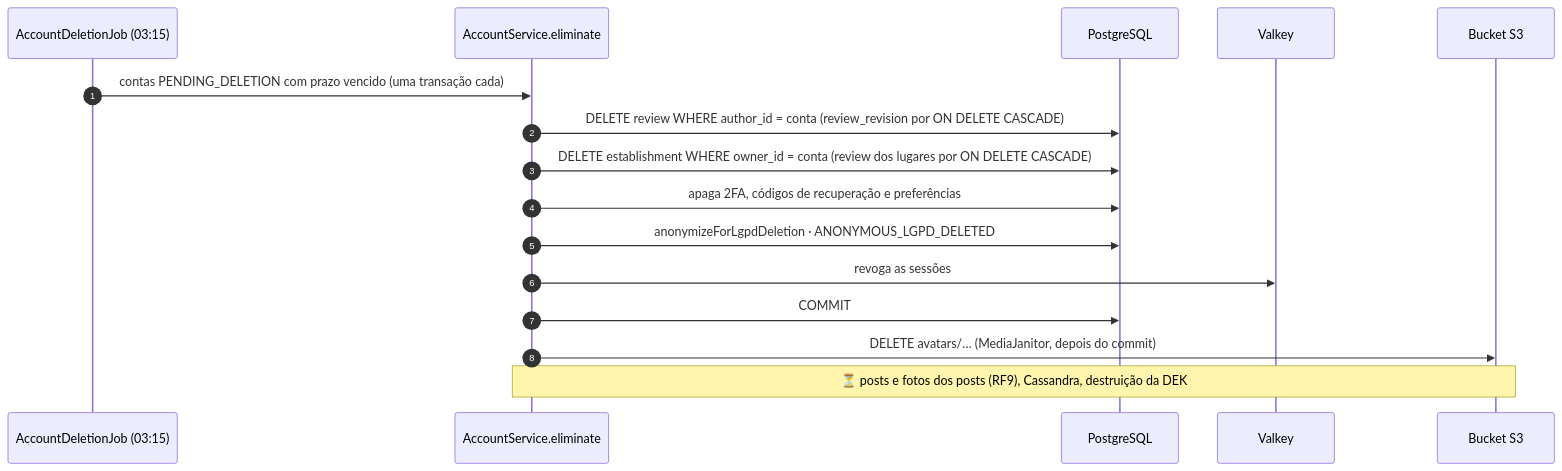
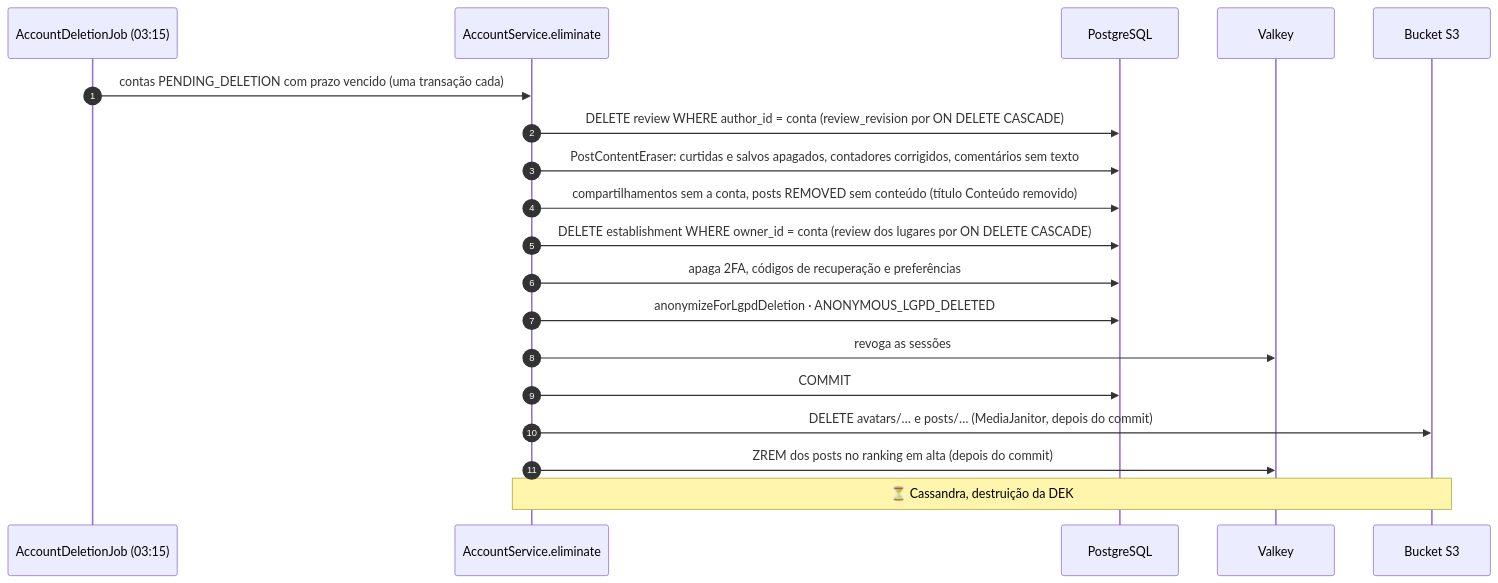
The second of 2 diagrams in docs/RF5/sequencia.md (MatheusHaliski/Friendly-Eats), drawn with Mermaid before and after one commit. The commit also changed 94 other files, not shown here.

First line of the commit message:
Posts: publicar (RF9), interações (RF12), feed e "em alta" (RF14) e perfis (RF15)

````diff
--- a/docs/RF5/sequencia.md
+++ b/docs/RF5/sequencia.md
@@ -33,19 +33,22 @@
 ```mermaid
 sequenceDiagram
     autonumber
     participant JOB as AccountDeletionJob (03:15)
     participant AC as AccountService.eliminate
     participant DB as PostgreSQL
     participant VK as Valkey
     participant S3 as Bucket S3
 
     JOB->>AC: contas PENDING_DELETION com prazo vencido (uma transação cada)
     AC->>DB: DELETE review WHERE author_id = conta (review_revision por ON DELETE CASCADE)
+    AC->>DB: PostContentEraser: curtidas e salvos apagados, contadores corrigidos, comentários sem texto
+    AC->>DB: compartilhamentos sem a conta, posts REMOVED sem conteúdo (título Conteúdo removido)
     AC->>DB: DELETE establishment WHERE owner_id = conta (review dos lugares por ON DELETE CASCADE)
     AC->>DB: apaga 2FA, códigos de recuperação e preferências
     AC->>DB: anonymizeForLgpdDeletion · ANONYMOUS_LGPD_DELETED
     AC->>VK: revoga as sessões
     AC->>DB: COMMIT
-    AC->>S3: DELETE avatars/… (MediaJanitor, depois do commit)
-    Note over AC,S3: ⏳ posts e fotos dos posts (RF9), Cassandra, destruição da DEK
+    AC->>S3: DELETE avatars/… e posts/… (MediaJanitor, depois do commit)
+    AC->>VK: ZREM dos posts no ranking em alta (depois do commit)
+    Note over AC,S3: ⏳ Cassandra, destruição da DEK
 ```
````
